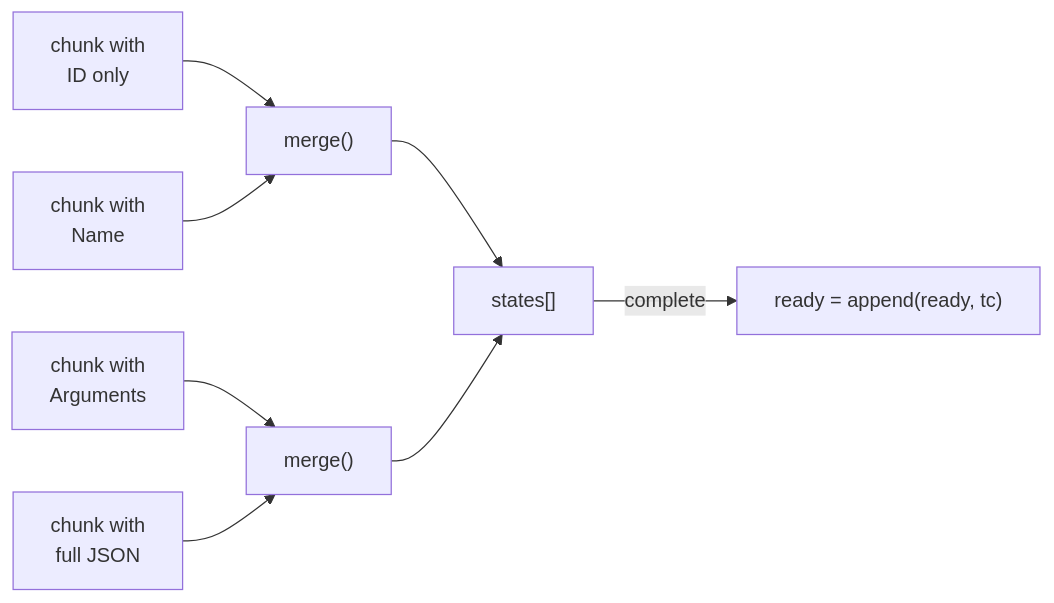
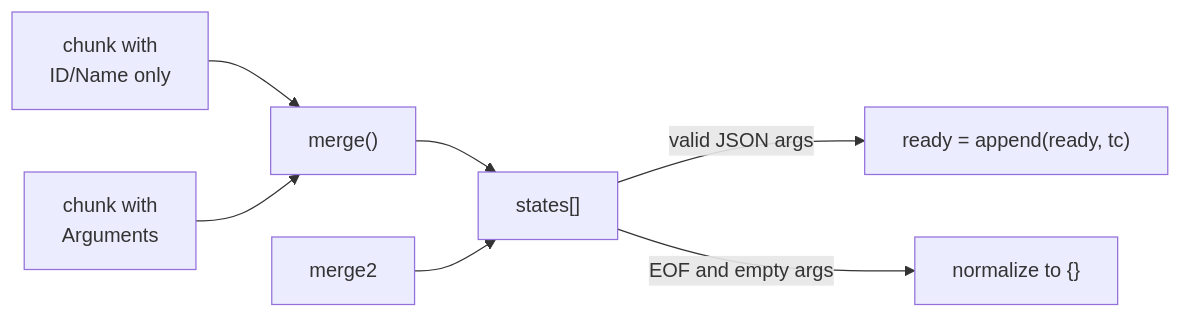
One commit to Ozqi/5hAgent changed the third of 3 diagrams in doc/agent.md. Above: the diagram before and after it, drawn with Mermaid. The commit also changed other lines of this file and 2 other files, not shown here.

````diff
--- a/doc/agent.md
+++ b/doc/agent.md
@@ -222,11 +231,10 @@
 ```mermaid
 flowchart LR
-    chunk1["chunk with<br/>ID only"] --> merge1["merge()"]
-    chunk2["chunk with<br/>Name"] --> merge1
-    chunk3["chunk with<br/>Arguments"] --> merge2["merge()"]
-    chunk4["chunk with<br/>full JSON"] --> merge2
+    chunk1["chunk with<br/>ID/Name only"] --> merge1["merge()"]
+    chunk2["chunk with<br/>Arguments"] --> merge1
 
     merge1 --> states["states[]"]
     merge2 --> states
-    states -->|complete| ready["ready = append(ready, tc)"]
+    states -->|valid JSON args| ready["ready = append(ready, tc)"]
+    states -->|EOF and empty args| empty["normalize to {}"]
 ```
````
